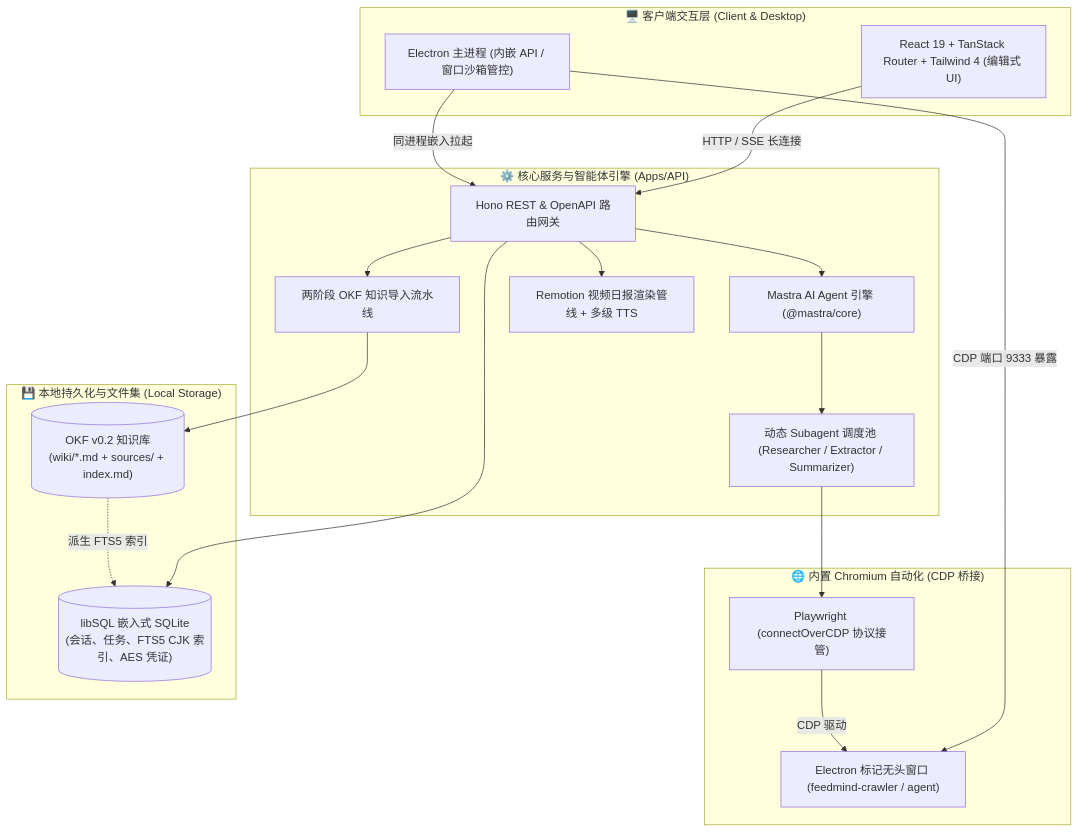
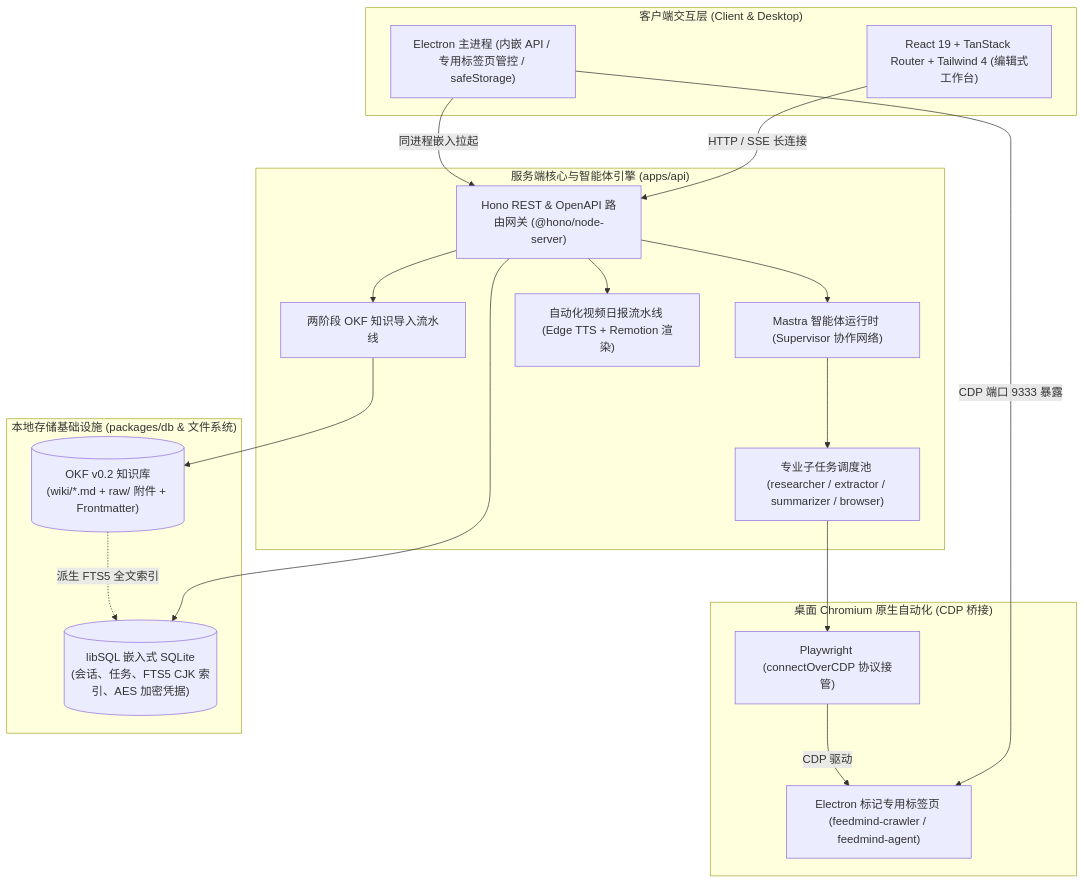
One commit to flyemFSB/FeedMind changed the diagram in README.md. Above: the diagram before and after it, drawn with Mermaid. The commit also changed other lines of this file and 18 other files, not shown here.

````diff
--- a/README.md
+++ b/README.md
@@ -34,37 +35,37 @@
 ```mermaid
 flowchart TD
-    subgraph ClientLayer["🖥️ 客户端交互层 (Client & Desktop)"]
-        UI["React 19 + TanStack Router + Tailwind 4 (编辑式 UI)"]
-        ElectronMain["Electron 主进程 (内嵌 API / 窗口沙箱管控)"]
+    subgraph ClientLayer["客户端交互层 (Client & Desktop)"]
+        WebUI["React 19 + TanStack Router + Tailwind 4 (编辑式工作台)"]
+        ElectronMain["Electron 主进程 (内嵌 API / 专用标签页管控 / safeStorage)"]
     end
 
-    subgraph CoreService["⚙️ 核心服务与智能体引擎 (Apps/API)"]
-        Hono["Hono REST & OpenAPI 路由网关"]
-        Mastra["Mastra AI Agent 引擎 (@mastra/core)"]
-        Subagents["动态 Subagent 调度池 (Researcher / Extractor / Summarizer)"]
+    subgraph CoreService["服务端核心与智能体引擎 (apps/api)"]
+        Hono["Hono REST & OpenAPI 路由网关 (@hono/node-server)"]
+        Mastra["Mastra 智能体运行时 (Supervisor 协作网络)"]
+        Subagents["专业子任务调度池 (researcher / extractor / summarizer / browser)"]
         IngestPipe["两阶段 OKF 知识导入流水线"]
-        VideoPipe["Remotion 视频日报渲染管线 + 多级 TTS"]
+        DailyReport["自动化视频日报流水线 (Edge TTS + Remotion 渲染)"]
     end
 
-    subgraph BrowserEngine["🌐 内置 Chromium 自动化 (CDP 桥接)"]
-        MarkedWin["Electron 标记无头窗口 (feedmind-crawler / agent)"]
-        Playwright["Playwright (connectOverCDP 协议接管)"]
+    subgraph BrowserEngine["桌面 Chromium 原生自动化 (CDP 桥接)"]
+        MarkedTabs["Electron 标记专用标签页 (feedmind-crawler / feedmind-agent)"]
+        PlaywrightCDP["Playwright (connectOverCDP 协议接管)"]
     end
 
-    subgraph StorageLayer["💾 本地持久化与文件集 (Local Storage)"]
-        SQLite[("libSQL 嵌入式 SQLite<br/>(会话、任务、FTS5 CJK 索引、AES 凭证)")]
-        OKFBundle[("OKF v0.2 知识库<br/>(wiki/*.md + sources/ + index.md)")]
+    subgraph StorageLayer["本地存储基础设施 (packages/db & 文件系统)"]
+        SQLite[("libSQL 嵌入式 SQLite<br/>(会话、任务、FTS5 CJK 索引、AES 加密凭据)")]
+        OKFBundle[("OKF v0.2 知识库<br/>(wiki/*.md + raw/ 附件 + Frontmatter)")]
     end
 
-    UI -->|HTTP / SSE 长连接| Hono
+    WebUI -->|HTTP / SSE 长连接| Hono
     ElectronMain -->|同进程嵌入拉起| Hono
-    ElectronMain -->|CDP 端口 9333 暴露| MarkedWin
+    ElectronMain -->|CDP 端口 9333 暴露| MarkedTabs
     Hono --> Mastra
     Mastra --> Subagents
-    Subagents --> Playwright
-    Playwright -->|CDP 驱动| MarkedWin
+    Subagents --> PlaywrightCDP
+    PlaywrightCDP -->|CDP 驱动| MarkedTabs
     Hono --> IngestPipe --> OKFBundle
-    Hono --> VideoPipe
+    Hono --> DailyReport
     Hono --> SQLite
-    OKFBundle -.->|派生 FTS5 索引| SQLite
+    OKFBundle -.->|派生 FTS5 全文索引| SQLite
 ```
````
